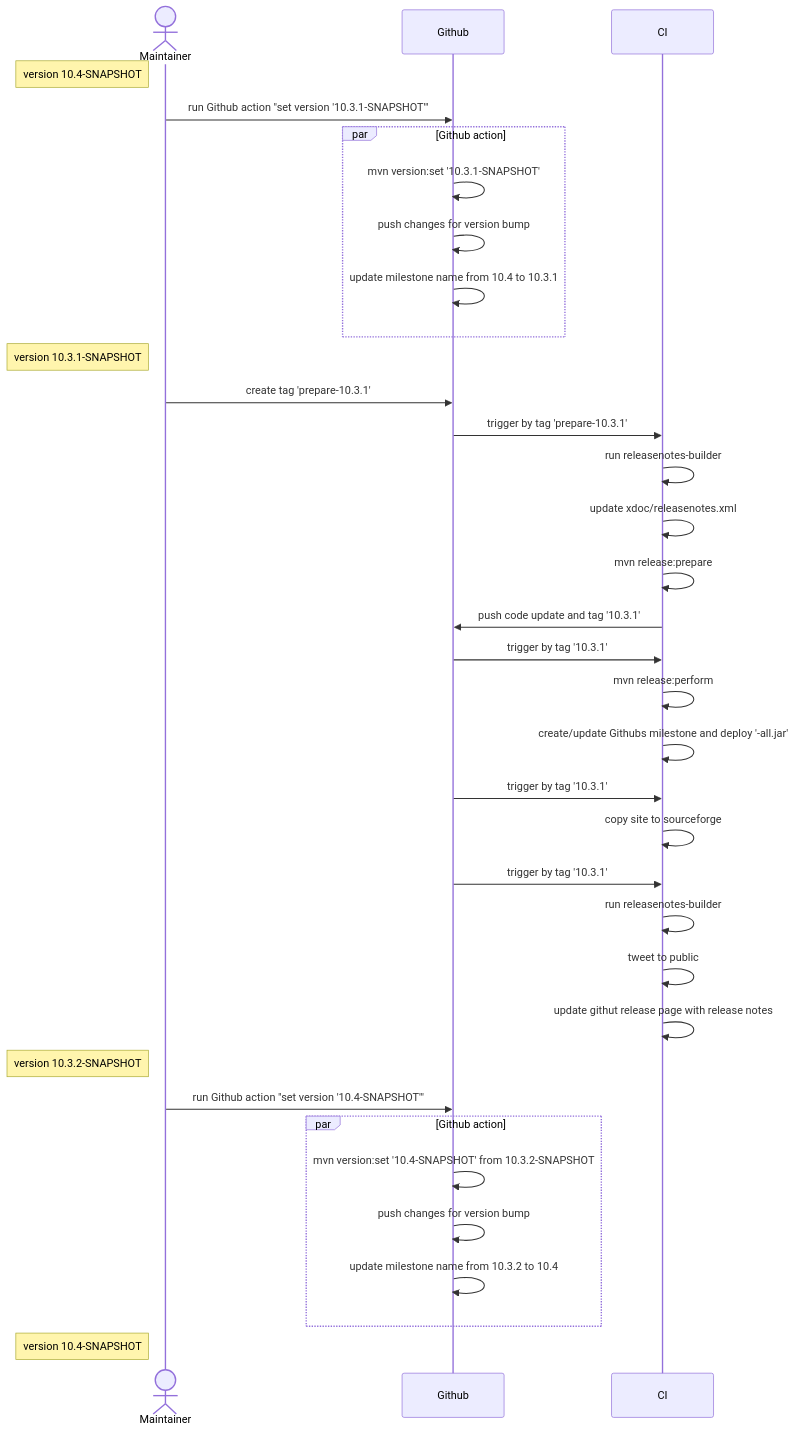
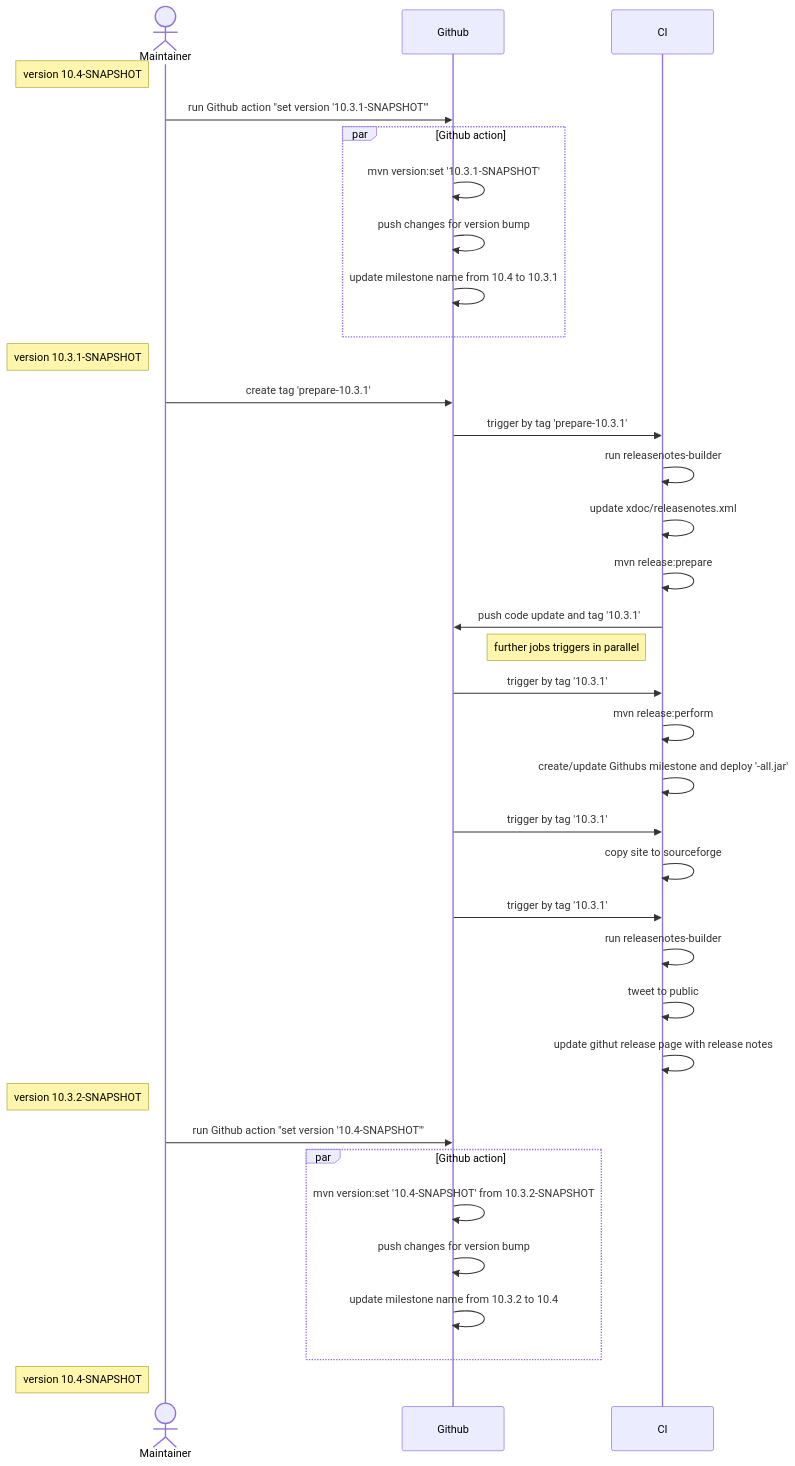
One commit to checkstyle/contribution changed the diagram in releasenotes-builder/diagrams.md. Above: the diagram before and after it, drawn with Mermaid.

Commit message:
doc: diag: parallel

````diff
--- a/releasenotes-builder/diagrams.md
+++ b/releasenotes-builder/diagrams.md
@@ -5,44 +5,46 @@
 ```mermaid
 sequenceDiagram
     actor Maintainer
     participant Github
     participant CI
     
     Note left of Maintainer: version 10.4-SNAPSHOT
     Maintainer->>Github: run Github action "set version '10.3.1-SNAPSHOT'"
     par Github action
         Github->>Github: mvn version:set '10.3.1-SNAPSHOT'
         Github->>Github: push changes for version bump
         Github->>Github: update milestone name from 10.4 to 10.3.1
     end
     
     Note left of Maintainer: version 10.3.1-SNAPSHOT
     Maintainer->>Github: create tag 'prepare-10.3.1'
     
     Github->>CI: trigger by tag 'prepare-10.3.1'
     CI->>CI: run releasenotes-builder
     CI->>CI: update xdoc/releasenotes.xml
     CI->>CI: mvn release:prepare
     CI->>Github: push code update and tag '10.3.1'
 
+    Note left of CI: further jobs triggers in parallel
+    
     Github->>CI: trigger by tag '10.3.1'
     CI->>CI: mvn release:perform
     CI->>CI: create/update Githubs milestone and deploy '-all.jar'
     
     Github->>CI: trigger by tag '10.3.1'
     CI->>CI: copy site to sourceforge
 
     Github->>CI: trigger by tag '10.3.1'
     CI->>CI: run releasenotes-builder
     CI->>CI: tweet to public
     CI->>CI: update githut release page with release notes
 
     Note left of Maintainer: version 10.3.2-SNAPSHOT
     Maintainer->>Github: run Github action "set version '10.4-SNAPSHOT'"
     par Github action
         Github->>Github: mvn version:set '10.4-SNAPSHOT' from 10.3.2-SNAPSHOT
         Github->>Github: push changes for version bump
         Github->>Github: update milestone name from 10.3.2 to 10.4
     end
     Note left of Maintainer: version 10.4-SNAPSHOT
 ```
````
